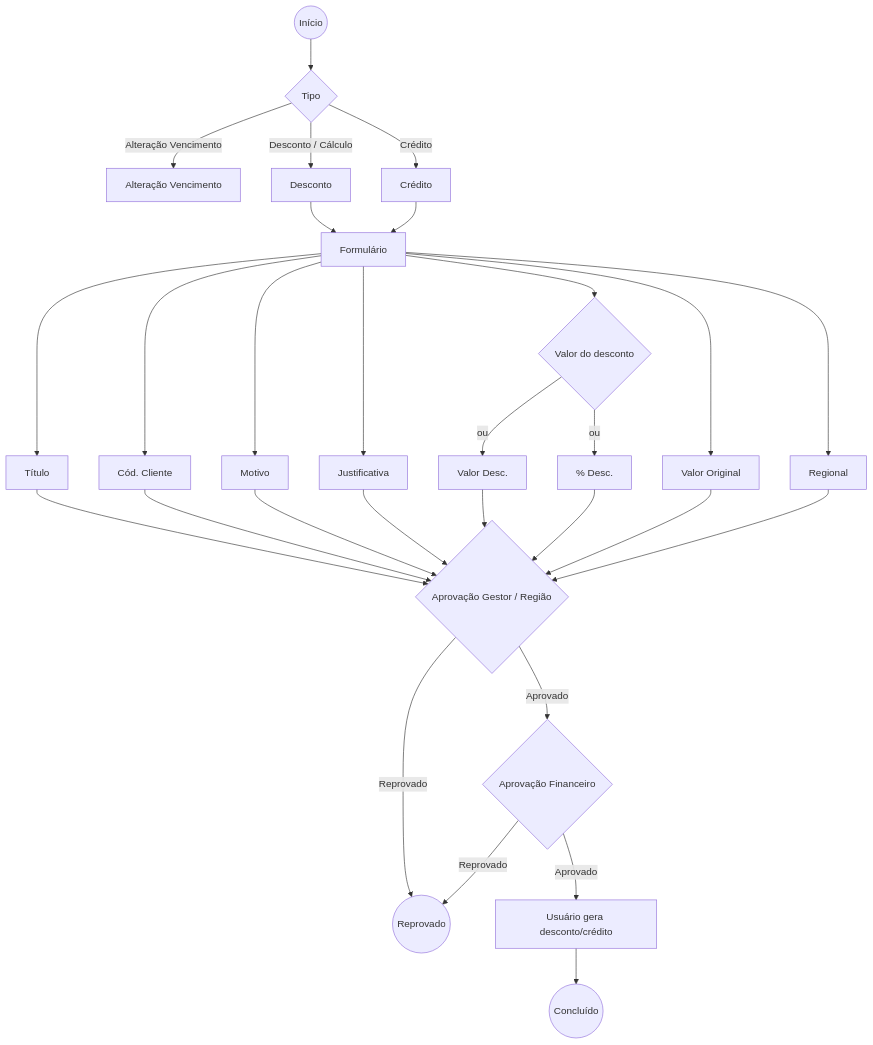
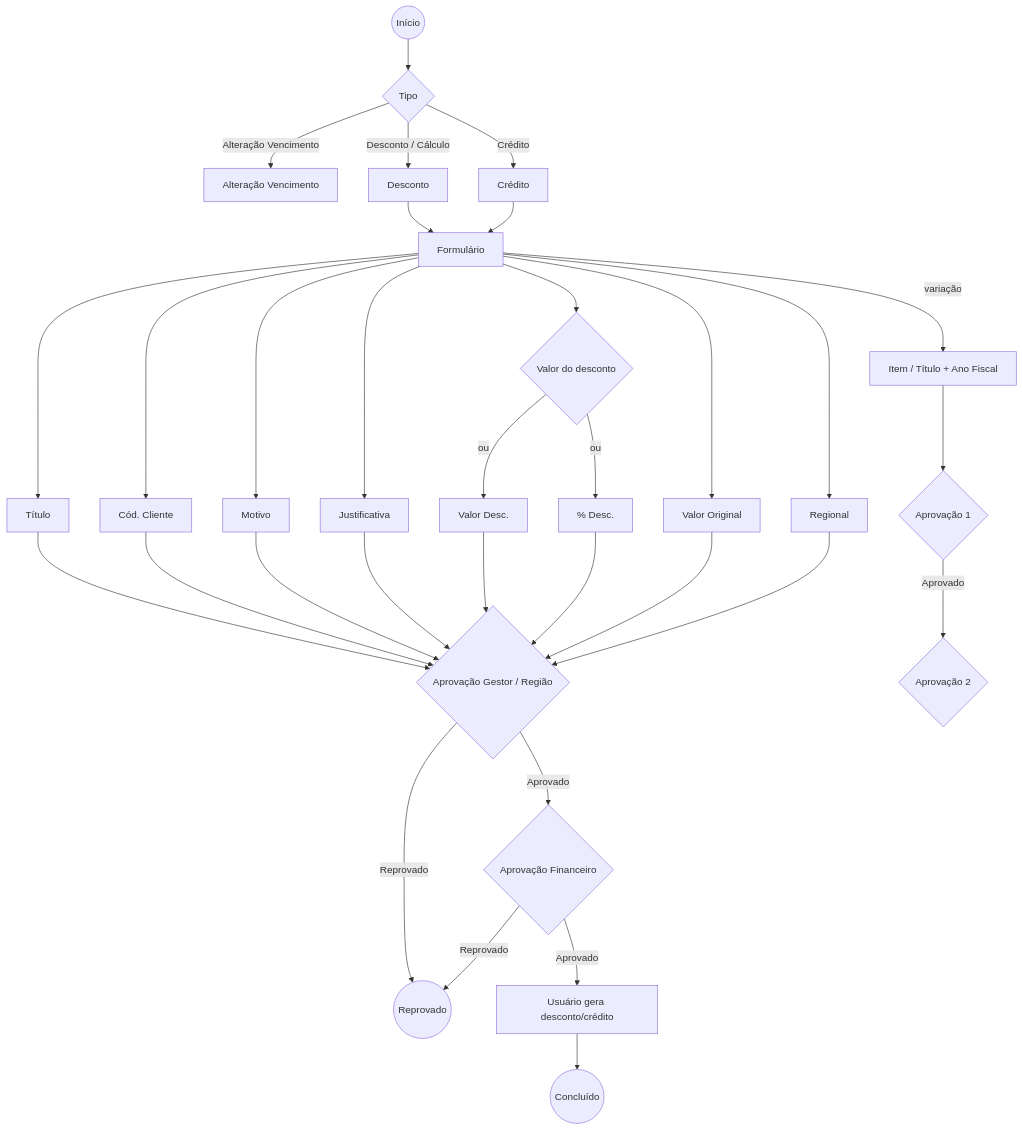
Before and after one commit to elofavoritos-glitch/fluxograma-financeiro-elo: the diagram in fluxogramas/02-desconto-credito.md, drawn with Mermaid. The commit also changed 2 other files, not shown here.

Commit message:
Confirma Validação (Reembolso) e ramo Item/Título + Aprovação 1 e 2 (Desconto)

````diff
--- a/fluxogramas/02-desconto-credito.md
+++ b/fluxogramas/02-desconto-credito.md
@@ -6,27 +6,30 @@
 ```mermaid
 flowchart TD
     START((Início)) --> RAMO{Tipo}
     RAMO -->|Alteração Vencimento| ALT[Alteração Vencimento]
     RAMO -->|Desconto / Cálculo| DESC[Desconto]
     RAMO -->|Crédito| CRED[Crédito]
 
     DESC --> FORM[Formulário]
     CRED --> FORM
 
     FORM --> F1[Título]
     FORM --> F2[Cód. Cliente]
     FORM --> F3[Motivo]
     FORM --> F4[Justificativa]
     FORM --> VAL{Valor do desconto}
     VAL -->|ou| V1[Valor Desc.]
     VAL -->|ou| V2[% Desc.]
     FORM --> F5[Valor Original]
     FORM --> F6[Regional]
 
     F1 & F2 & F3 & F4 & V1 & V2 & F5 & F6 --> APROV1{Aprovação Gestor / Região}
     APROV1 -->|Aprovado| APROV2{Aprovação Financeiro}
     APROV1 -->|Reprovado| FIM_REP((Reprovado))
     APROV2 -->|Aprovado| USER[Usuário gera desconto/crédito]
     APROV2 -->|Reprovado| FIM_REP
     USER --> FIM((Concluído))
+    FORM -->|variação| ITEM[Item / Título + Ano Fiscal]
+    ITEM --> AX1{Aprovação 1}
+    AX1 -->|Aprovado| AX2{Aprovação 2}
 ```
````
